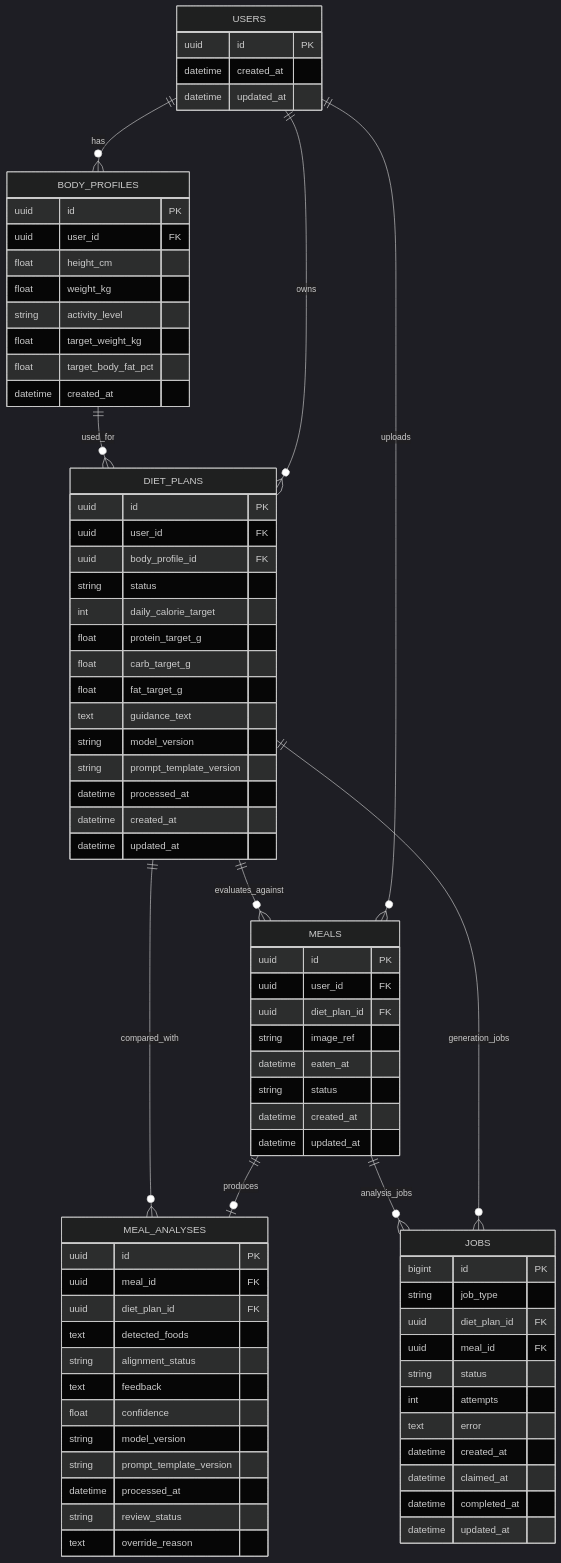
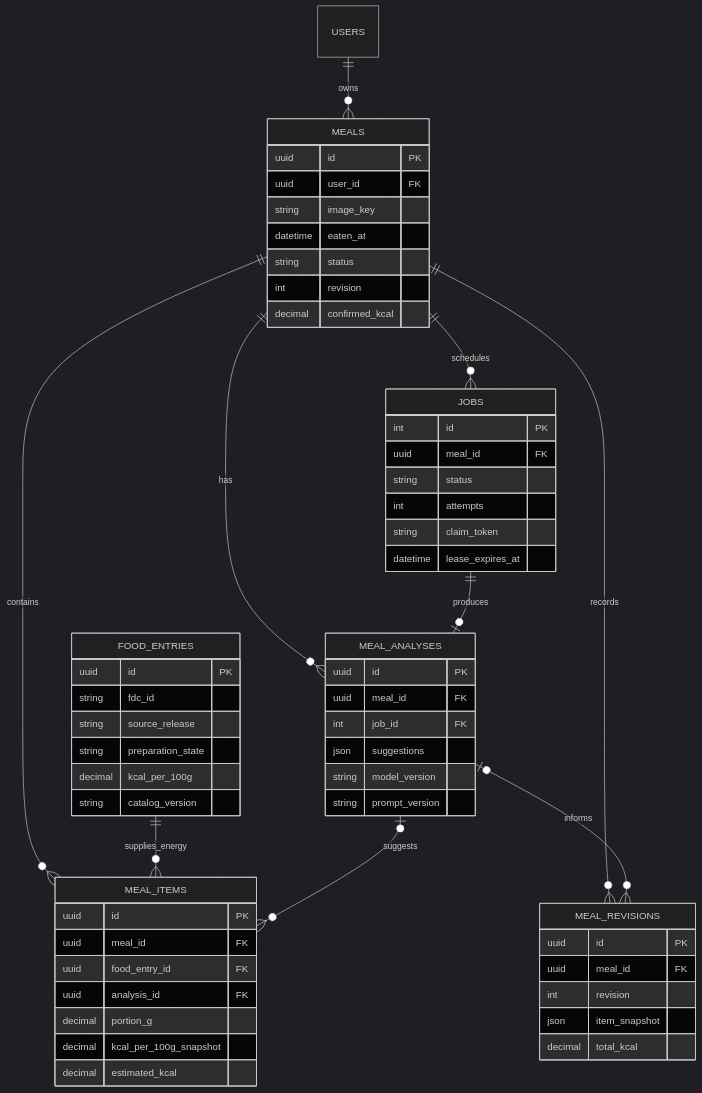
One commit to BoxiangZ/NourishLoop changed the second of 2 diagrams in docs/architecture.md. Above: the diagram before and after it, drawn with Mermaid (dark theme). The commit also changed other lines of this file and 4 other files, not shown here.

````diff
--- a/docs/architecture.md
+++ b/docs/architecture.md
@@ -416,89 +118,62 @@
 ```mermaid
 erDiagram
-    USERS ||--o{ BODY_PROFILES : has
-    USERS ||--o{ DIET_PLANS : owns
-    USERS ||--o{ MEALS : uploads
+    USERS ||--o{ MEALS : owns
+    MEALS ||--o{ JOBS : schedules
+    MEALS ||--o{ MEAL_ANALYSES : has
+    JOBS ||--o| MEAL_ANALYSES : produces
+    MEALS ||--o{ MEAL_ITEMS : contains
+    FOOD_ENTRIES ||--o{ MEAL_ITEMS : supplies_energy
+    MEAL_ANALYSES o|--o{ MEAL_ITEMS : suggests
+    MEALS ||--o{ MEAL_REVISIONS : records
+    MEAL_ANALYSES o|--o{ MEAL_REVISIONS : informs
 
-    BODY_PROFILES ||--o{ DIET_PLANS : used_for
-    DIET_PLANS ||--o{ MEALS : evaluates_against
-
-    MEALS ||--o| MEAL_ANALYSES : produces
-    DIET_PLANS ||--o{ MEAL_ANALYSES : compared_with
-
-    DIET_PLANS ||--o{ JOBS : generation_jobs
-    MEALS ||--o{ JOBS : analysis_jobs
-
-    USERS {
+    FOOD_ENTRIES {
         uuid id PK
-        datetime created_at
-        datetime updated_at
+        string fdc_id
+        string source_release
+        string preparation_state
+        decimal kcal_per_100g
+        string catalog_version
     }
-
-    BODY_PROFILES {
-        uuid id PK
-        uuid user_id FK
-        float height_cm
-        float weight_kg
-        string activity_level
-        float target_weight_kg
-        float target_body_fat_pct
-        datetime created_at
-    }
-
-    DIET_PLANS {
-        uuid id PK
-        uuid user_id FK
-        uuid body_profile_id FK
-        string status
-        int daily_calorie_target
-        float protein_target_g
-        float carb_target_g
-        float fat_target_g
-        text guidance_text
-        string model_version
-        string prompt_template_version
-        datetime processed_at
-        datetime created_at
-        datetime updated_at
-    }
-
     MEALS {
         uuid id PK
         uuid user_id FK
-        uuid diet_plan_id FK
-        string image_ref
+        string image_key
         datetime eaten_at
         string status
-        datetime created_at
-        datetime updated_at
+        int revision
+        decimal confirmed_kcal
     }
-
+    JOBS {
+        int id PK
+        uuid meal_id FK
+        string status
+        int attempts
+        string claim_token
+        datetime lease_expires_at
+    }
     MEAL_ANALYSES {
         uuid id PK
         uuid meal_id FK
-        uuid diet_plan_id FK
-        text detected_foods
-        string alignment_status
-        text feedback
-        float confidence
+        int job_id FK
+        json suggestions
         string model_version
-        string prompt_template_version
-        datetime processed_at
-        string review_status
-        text override_reason
+        string prompt_version
     }
-
-    JOBS {
-        bigint id PK
-        string job_type
-        uuid diet_plan_id FK
+    MEAL_ITEMS {
+        uuid id PK
         uuid meal_id FK
-        string status
-        int attempts
-        text error
-        datetime created_at
-        datetime claimed_at
-        datetime completed_at
-        datetime updated_at
+        uuid food_entry_id FK
+        uuid analysis_id FK
+        decimal portion_g
+        decimal kcal_per_100g_snapshot
+        decimal estimated_kcal
+    }
+    MEAL_REVISIONS {
+        uuid id PK
+        uuid meal_id FK
+        int revision
+        json item_snapshot
+        decimal total_kcal
     }
 ```
````
